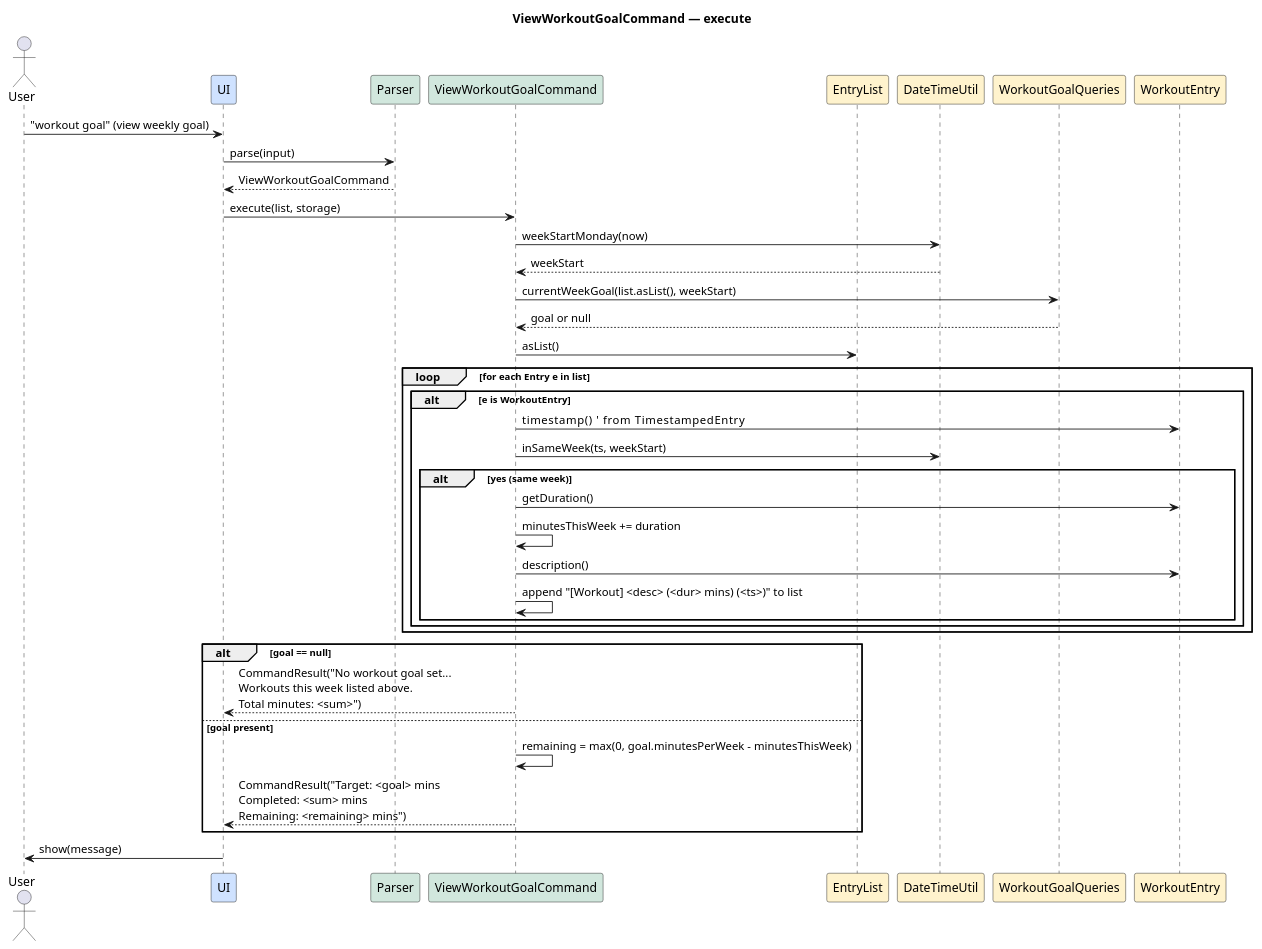
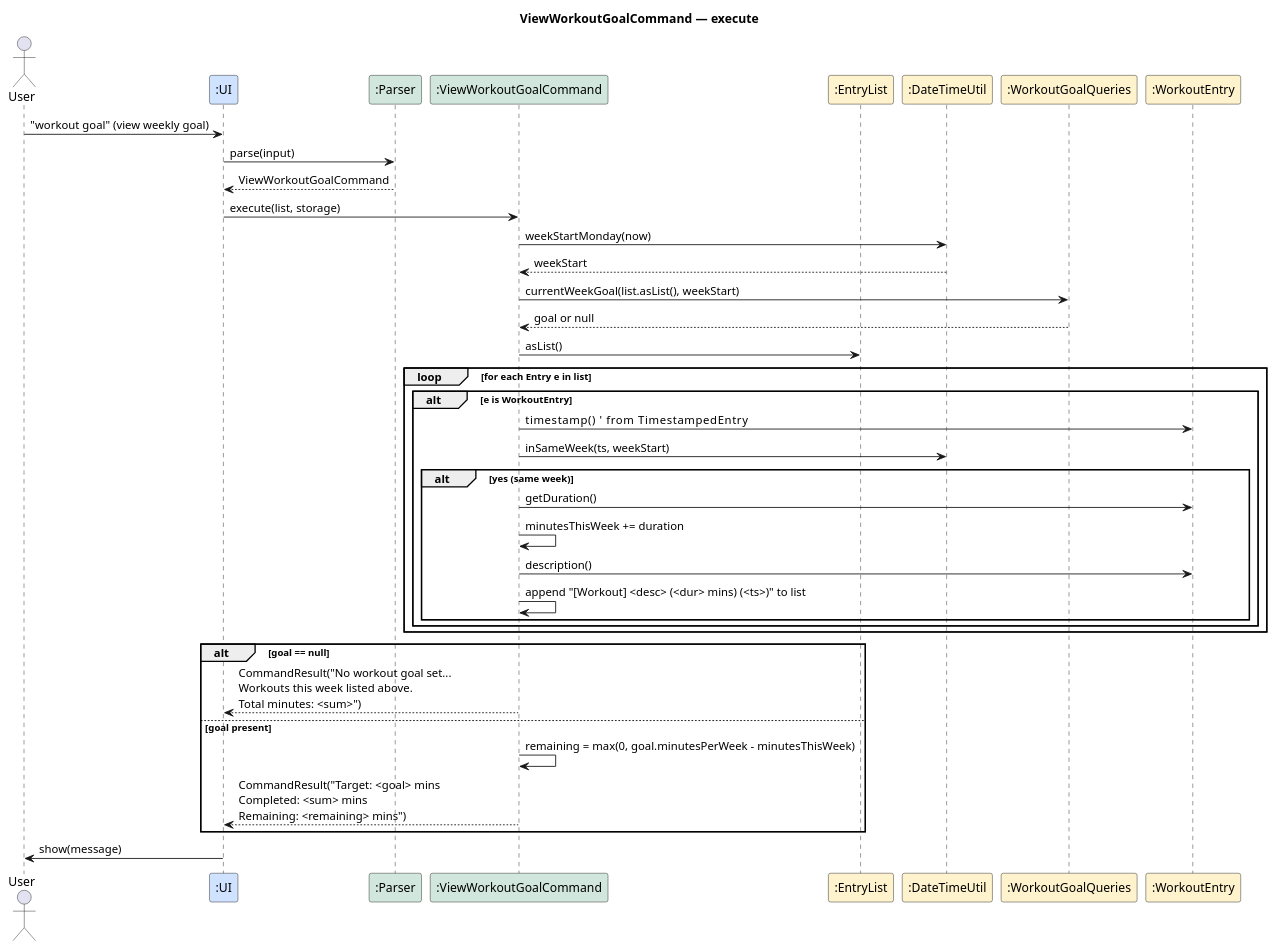
One commit to AY2526S1-CS2113-T11-3/tp changed the diagram in docs/diagrams/ViewWorkoutGoal_Sequence.puml. Above: the diagram before and after it, drawn with PlantUML. The commit also changed 10 other files, not shown here.

```diff
--- a/docs/diagrams/ViewWorkoutGoal_Sequence.puml
+++ b/docs/diagrams/ViewWorkoutGoal_Sequence.puml
@@ -1,48 +1,48 @@
 @startuml
 title ViewWorkoutGoalCommand — execute
 
 actor User
-participant "UI" as UI #CFE2FF
-participant Parser #D1E7DD
-participant "ViewWorkoutGoalCommand" as ViewCmd #D1E7DD
-participant EntryList #FFF3CD
-participant DateTimeUtil #FFF3CD
-participant WorkoutGoalQueries #FFF3CD
-participant "WorkoutEntry" as W #FFF3CD
+participant ":UI" as UI #CFE2FF
+participant ":Parser" as Parser #D1E7DD
+participant ":ViewWorkoutGoalCommand" as ViewCmd #D1E7DD
+participant ":EntryList" as EntryList #FFF3CD
+participant ":DateTimeUtil" as DateTimeUtil #FFF3CD
+participant ":WorkoutGoalQueries" as WorkoutGoalQueries #FFF3CD
+participant ":WorkoutEntry" as W #FFF3CD
 
 
 User -> UI: "workout goal" (view weekly goal)
 UI -> Parser: parse(input)
 Parser --> UI: ViewWorkoutGoalCommand
 
 UI -> ViewCmd: execute(list, storage)
 
 ViewCmd -> DateTimeUtil: weekStartMonday(now)
 DateTimeUtil --> ViewCmd: weekStart
 
 ViewCmd -> WorkoutGoalQueries: currentWeekGoal(list.asList(), weekStart)
 WorkoutGoalQueries --> ViewCmd: goal or null
 
 ViewCmd -> EntryList: asList()
 loop for each Entry e in list
   alt e is WorkoutEntry
     ViewCmd -> W: timestamp()        ' from TimestampedEntry
     ViewCmd -> DateTimeUtil: inSameWeek(ts, weekStart)
     alt yes (same week)
       ViewCmd -> W: getDuration()
       ViewCmd -> ViewCmd: minutesThisWeek += duration
       ViewCmd -> W: description()
       ViewCmd -> ViewCmd: append "[Workout] <desc> (<dur> mins) (<ts>)" to list
     end
   end
 end
 
 alt goal == null
   ViewCmd --> UI: CommandResult("No workout goal set...\nWorkouts this week listed above.\nTotal minutes: <sum>")
 else goal present
   ViewCmd -> ViewCmd: remaining = max(0, goal.minutesPerWeek - minutesThisWeek)
   ViewCmd --> UI: CommandResult("Target: <goal> mins\nCompleted: <sum> mins\nRemaining: <remaining> mins")
 end
 
 UI -> User: show(message)
 @enduml
```
